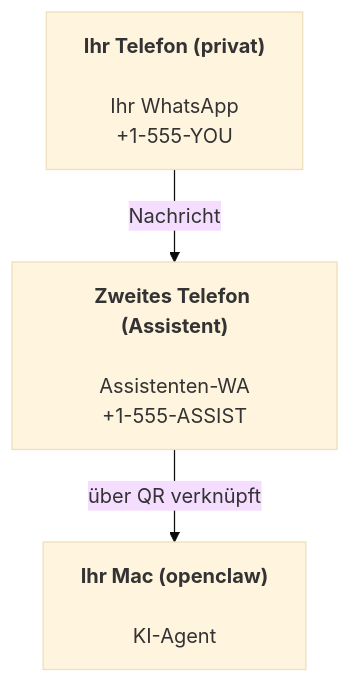
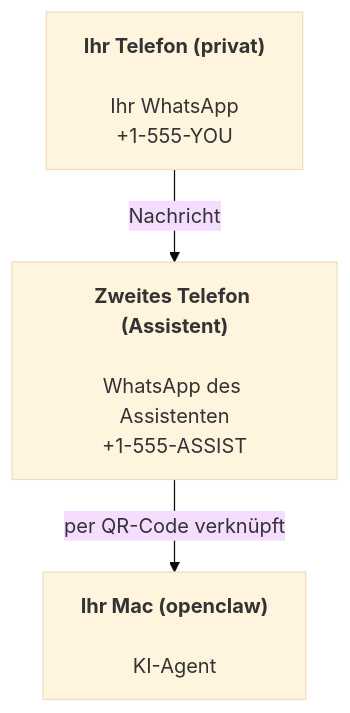
One commit to changsongyang/openclaw-docs2 changed the diagram in docs/de/start/openclaw.md. Above: the diagram before and after it, drawn with Mermaid (base theme). The commit also changed other lines of this file and 6868 other files, not shown here.

````diff
--- a/docs/de/start/openclaw.md
+++ b/docs/de/start/openclaw.md
@@ -37,5 +37,5 @@
 ```mermaid
 flowchart TB
-    A["<b>Ihr Telefon (privat)<br></b><br>Ihr WhatsApp<br>+1-555-YOU"] -- Nachricht --> B["<b>Zweites Telefon (Assistent)<br></b><br>Assistenten-WA<br>+1-555-ASSIST"]
-    B -- über QR verknüpft --> C["<b>Ihr Mac (openclaw)<br></b><br>KI-Agent"]
+    A["<b>Ihr Telefon (privat)<br></b><br>Ihr WhatsApp<br>+1-555-YOU"] -- Nachricht --> B["<b>Zweites Telefon (Assistent)<br></b><br>WhatsApp des Assistenten<br>+1-555-ASSIST"]
+    B -- per QR-Code verknüpft --> C["<b>Ihr Mac (openclaw)<br></b><br>KI-Agent"]
 ```
````
